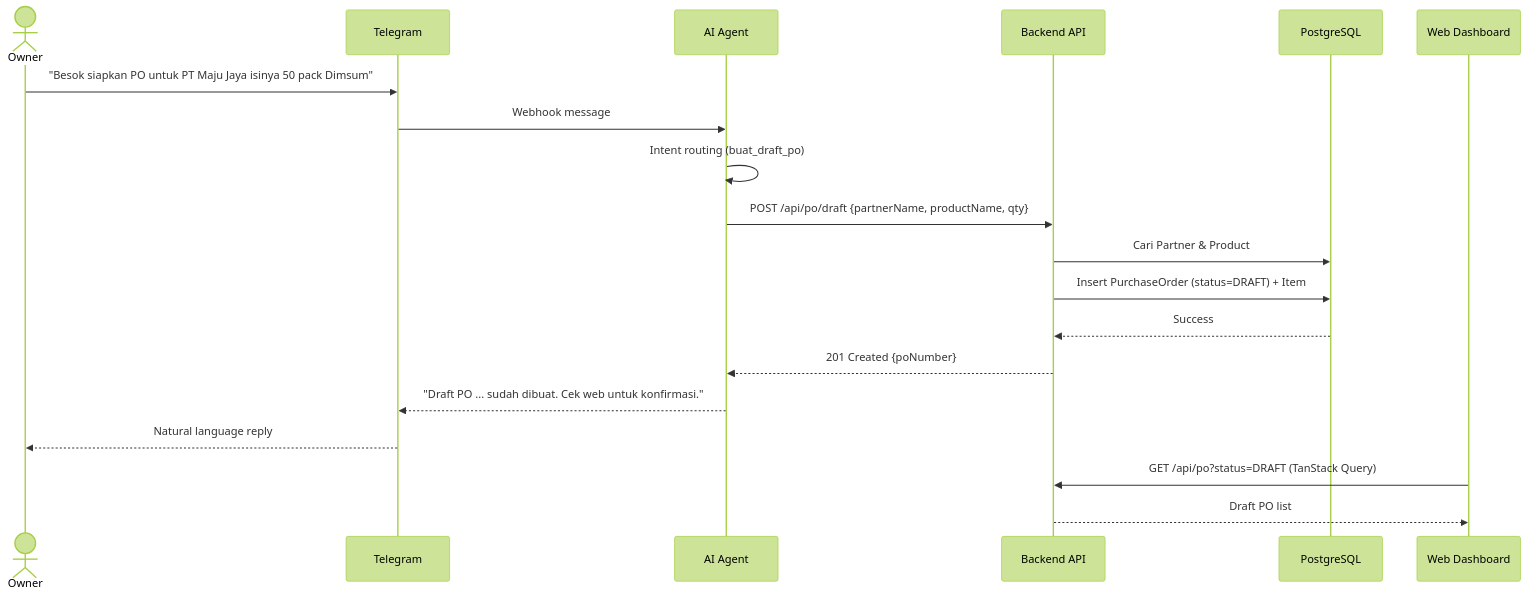
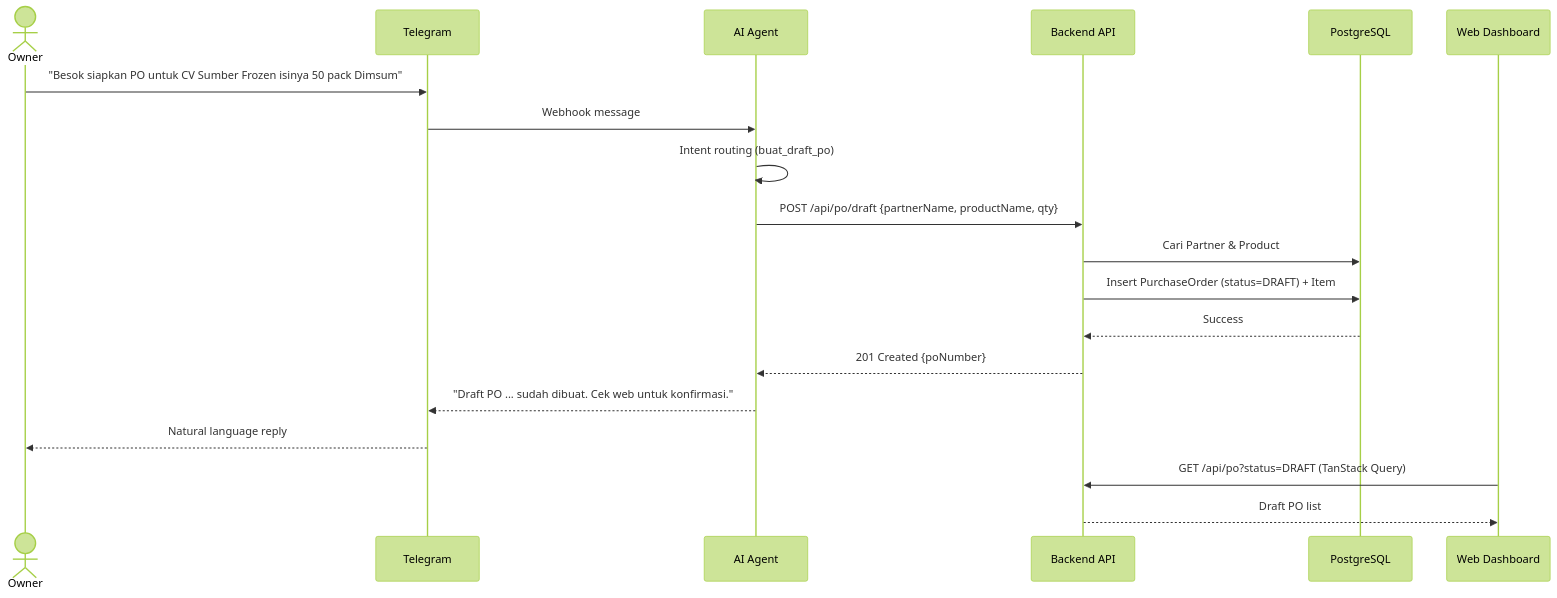
Before and after one commit to EkaBachrudin/ims: the second of 4 diagrams in docs/FSD.md, drawn with Mermaid (forest theme). The commit also changed other lines of this file and 23 other files, not shown here.

````diff
--- a/docs/FSD.md
+++ b/docs/FSD.md
@@ -74,22 +74,22 @@
 ```mermaid
 sequenceDiagram
     actor Owner
     participant TG as Telegram
     participant AI as AI Agent
     participant BE as Backend API
     participant DB as PostgreSQL
     participant FE as Web Dashboard
 
-    Owner->>TG: "Besok siapkan PO untuk PT Maju Jaya isinya 50 pack Dimsum"
+    Owner->>TG: "Besok siapkan PO untuk CV Sumber Frozen isinya 50 pack Dimsum"
     TG->>AI: Webhook message
     AI->>AI: Intent routing (buat_draft_po)
     AI->>BE: POST /api/po/draft {partnerName, productName, qty}
     BE->>DB: Cari Partner & Product
     BE->>DB: Insert PurchaseOrder (status=DRAFT) + Item
     DB-->>BE: Success
     BE-->>AI: 201 Created {poNumber}
     AI-->>TG: "Draft PO ... sudah dibuat. Cek web untuk konfirmasi."
     TG-->>Owner: Natural language reply
     FE->>BE: GET /api/po?status=DRAFT (TanStack Query)
     BE-->>FE: Draft PO list
 ```
````
